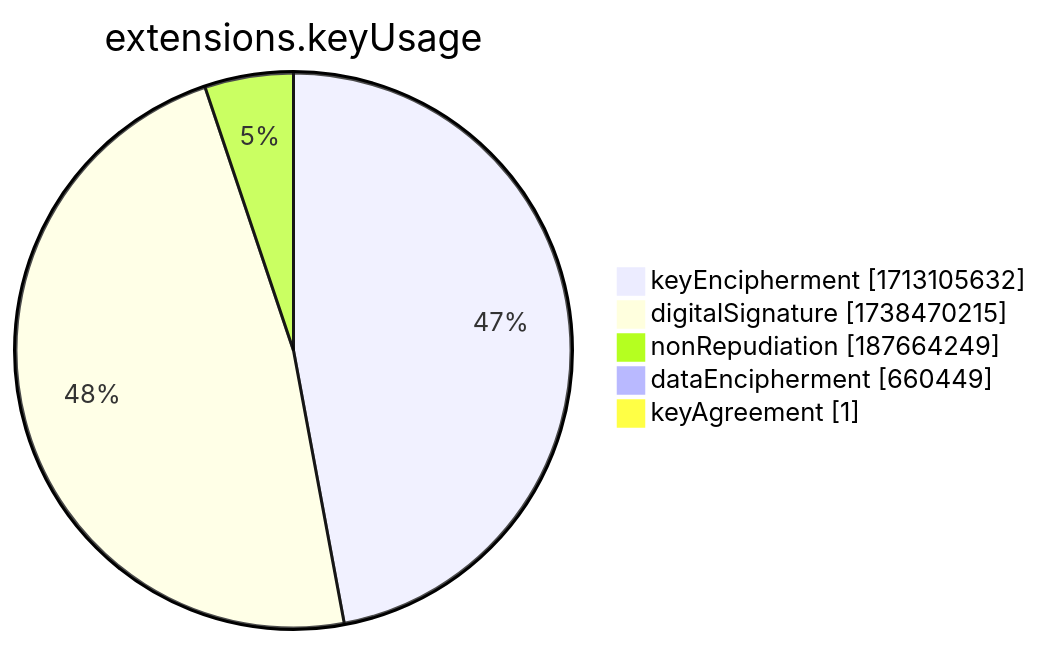
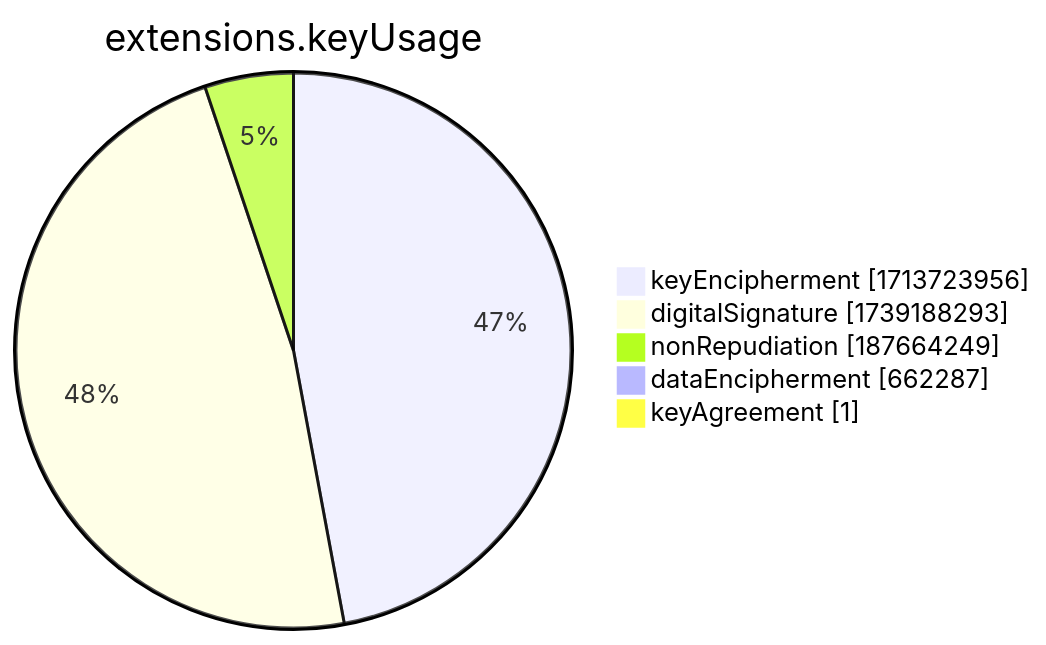
Before and after one commit to christiankrug/ctmonitor_visualization: the seventh of 15 diagrams in xenon2022/README.md, drawn with Mermaid. The commit also changed other lines of this file, not shown here.

````diff
--- a/xenon2022/README.md
+++ b/xenon2022/README.md
@@ -2858,9 +2858,9 @@
 ```mermaid
 pie showData
 title extensions.keyUsage
-"keyEncipherment" :1713105632
-"digitalSignature" :1738470215
+"keyEncipherment" :1713723956
+"digitalSignature" :1739188293
 "nonRepudiation" :187664249
-"dataEncipherment" :660449
+"dataEncipherment" :662287
 "keyAgreement" :1
 ```
````
